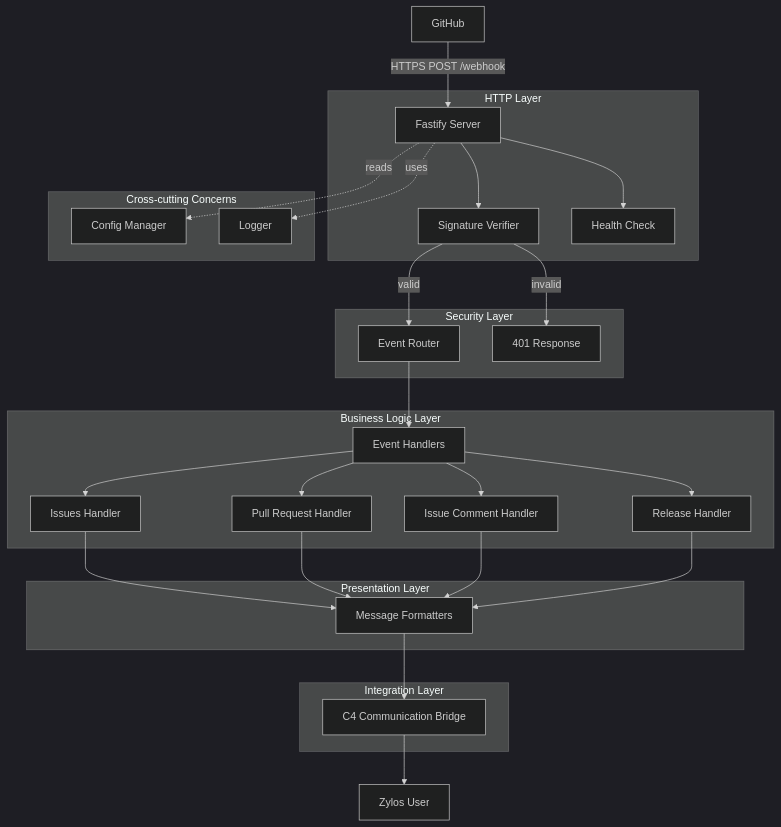
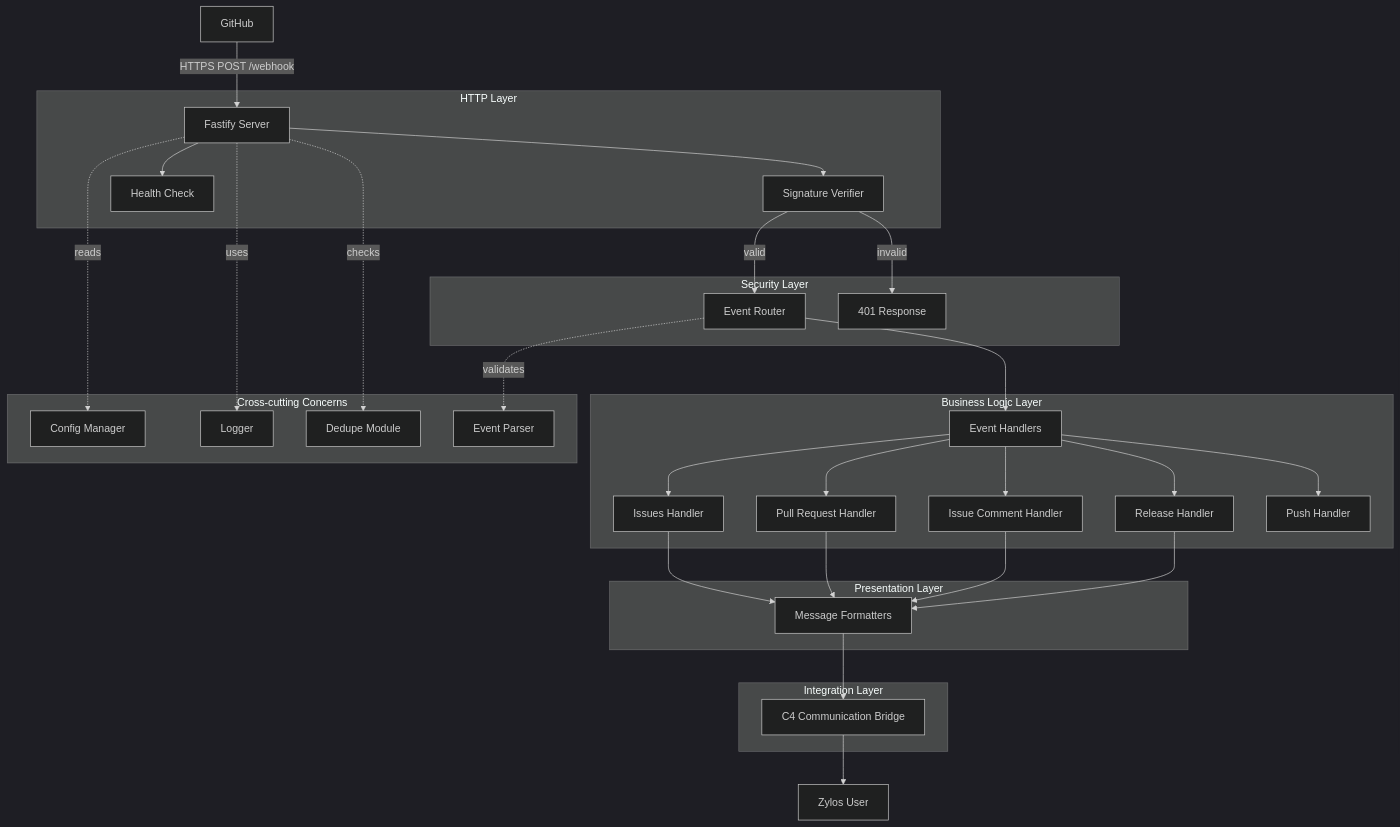
Before and after one commit to summingyu/zylos-github-connector: the diagram in docs/ARCHITECTURE.md, drawn with Mermaid (dark theme). The commit also changed other lines of this file and 6 other files, not shown here.

````diff
--- a/docs/ARCHITECTURE.md
+++ b/docs/ARCHITECTURE.md
@@ -14,43 +15,48 @@
 ```mermaid
 graph TD
     A[GitHub] -->|HTTPS POST /webhook| B[Fastify Server]
 
     subgraph "HTTP Layer"
         B --> C[Signature Verifier]
         B --> D[Health Check]
     end
 
     subgraph "Security Layer"
         C -->|valid| E[Event Router]
         C -->|invalid| F[401 Response]
     end
 
     subgraph "Business Logic Layer"
         E --> G[Event Handlers]
         G --> G1[Issues Handler]
         G --> G2[Pull Request Handler]
         G --> G3[Issue Comment Handler]
         G --> G4[Release Handler]
+        G --> G5[Push Handler]
     end
 
     subgraph "Presentation Layer"
         G1 --> H[Message Formatters]
         G2 --> H
         G3 --> H
         G4 --> H
     end
 
     subgraph "Integration Layer"
         H --> I[C4 Communication Bridge]
     end
 
     I --> J[Zylos User]
 
     subgraph "Cross-cutting Concerns"
         K[Config Manager]
         L[Logger]
+        M[Dedupe Module]
+        N[Event Parser]
     end
 
     B -.->|reads| K
     B -.->|uses| L
+    B -.->|checks| M
+    E -.->|validates| N
 ```
````
